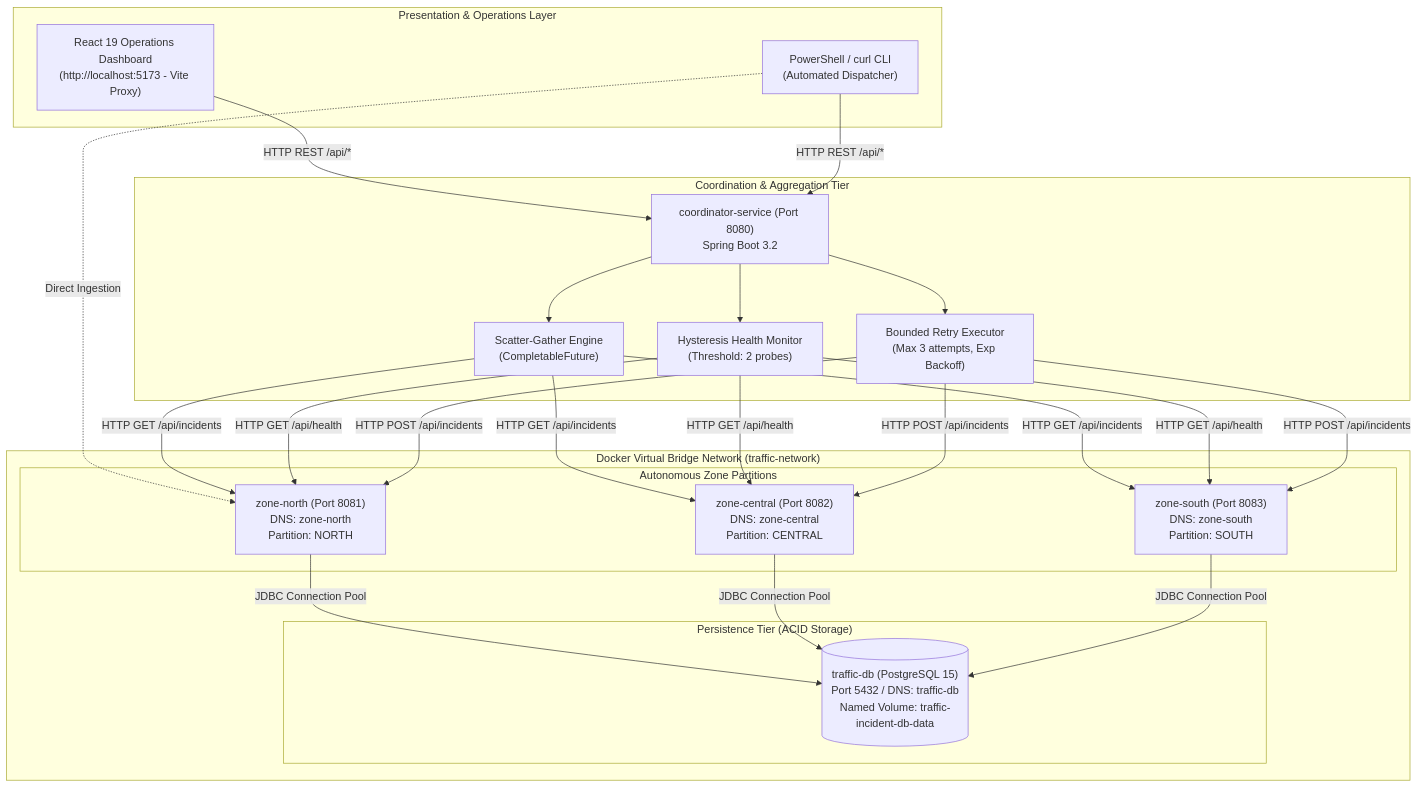
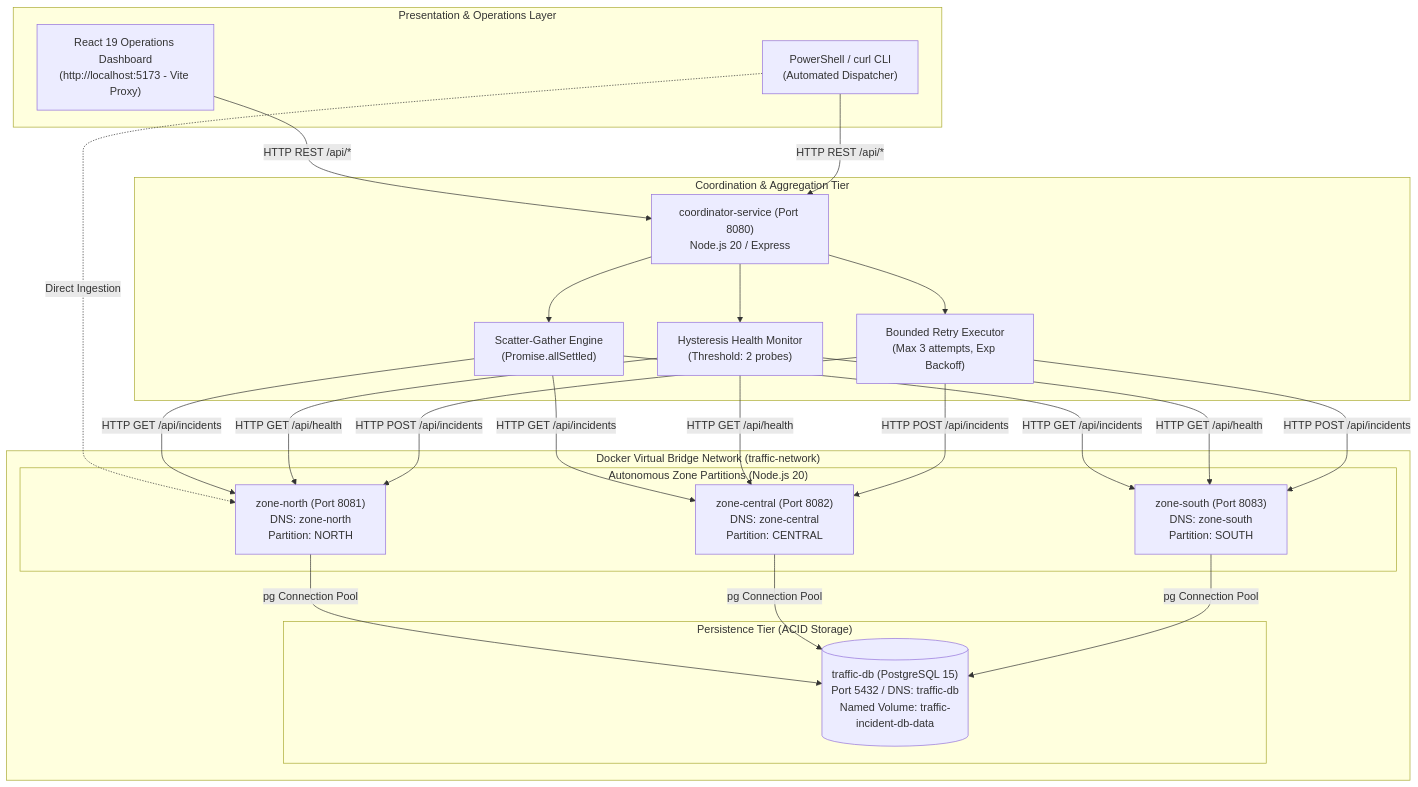
Before and after one commit to abishek2429/cloud_package: the first of 2 diagrams in README.md, drawn with Mermaid. The commit also changed other lines of this file and 84 other files, not shown here.

Commit message:
feat: archive java backend services and add new node-based architecture implementation

````diff
--- a/README.md
+++ b/README.md
@@ -35,49 +31,49 @@
 ```mermaid
 flowchart TD
     subgraph Presentation["Presentation & Operations Layer"]
         Dashboard["React 19 Operations Dashboard<br/>(http://localhost:5173 - Vite Proxy)"]
         CLI["PowerShell / curl CLI<br/>(Automated Dispatcher)"]
     end
 
     subgraph CoordinatorTier["Coordination & Aggregation Tier"]
-        Coord["coordinator-service (Port 8080)<br/>Spring Boot 3.2"]
-        ScatterGather["Scatter-Gather Engine<br/>(CompletableFuture)"]
+        Coord["coordinator-service (Port 8080)<br/>Node.js 20 / Express"]
+        ScatterGather["Scatter-Gather Engine<br/>(Promise.allSettled)"]
         Hysteresis["Hysteresis Health Monitor<br/>(Threshold: 2 probes)"]
         RetryEngine["Bounded Retry Executor<br/>(Max 3 attempts, Exp Backoff)"]
         Coord --> ScatterGather
         Coord --> Hysteresis
         Coord --> RetryEngine
     end
 
     subgraph VirtualNetwork["Docker Virtual Bridge Network (traffic-network)"]
-        subgraph PartitionTier["Autonomous Zone Partitions"]
+        subgraph PartitionTier["Autonomous Zone Partitions (Node.js 20)"]
             ZN["zone-north (Port 8081)<br/>DNS: zone-north<br/>Partition: NORTH"]
             ZC["zone-central (Port 8082)<br/>DNS: zone-central<br/>Partition: CENTRAL"]
             ZS["zone-south (Port 8083)<br/>DNS: zone-south<br/>Partition: SOUTH"]
         end
 
         subgraph StorageTier["Persistence Tier (ACID Storage)"]
             DB[("traffic-db (PostgreSQL 15)<br/>Port 5432 / DNS: traffic-db<br/>Named Volume: traffic-incident-db-data")]
         end
     end
 
     Dashboard -->|HTTP REST /api/*| Coord
     CLI -->|HTTP REST /api/*| Coord
     CLI -.->|Direct Ingestion| ZN
 
     ScatterGather -->|HTTP GET /api/incidents| ZN
     ScatterGather -->|HTTP GET /api/incidents| ZC
     ScatterGather -->|HTTP GET /api/incidents| ZS
 
     Hysteresis -->|HTTP GET /api/health| ZN
     Hysteresis -->|HTTP GET /api/health| ZC
     Hysteresis -->|HTTP GET /api/health| ZS
 
     RetryEngine -->|HTTP POST /api/incidents| ZN
     RetryEngine -->|HTTP POST /api/incidents| ZC
     RetryEngine -->|HTTP POST /api/incidents| ZS
 
-    ZN -->|JDBC Connection Pool| DB
-    ZC -->|JDBC Connection Pool| DB
-    ZS -->|JDBC Connection Pool| DB
+    ZN -->|pg Connection Pool| DB
+    ZC -->|pg Connection Pool| DB
+    ZS -->|pg Connection Pool| DB
 ```
````
